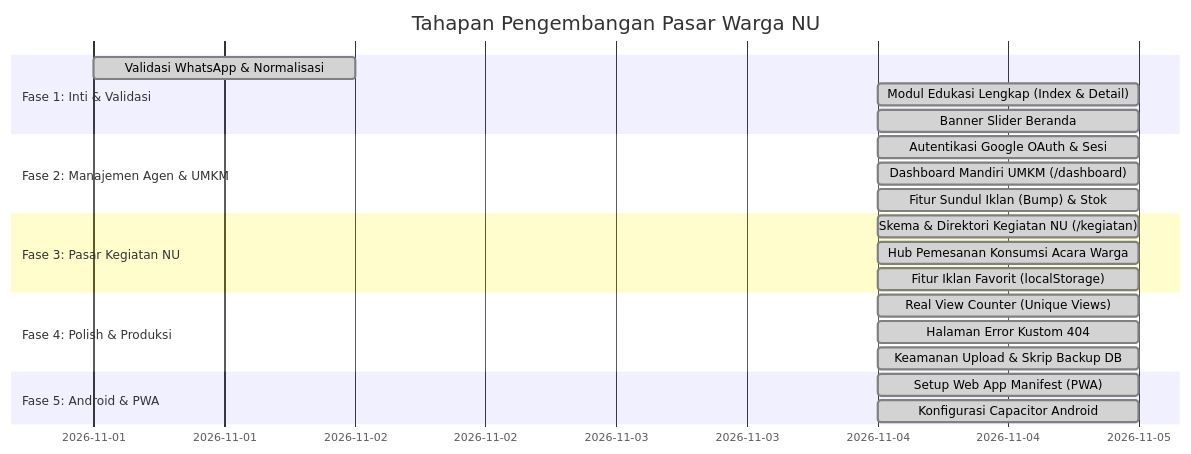
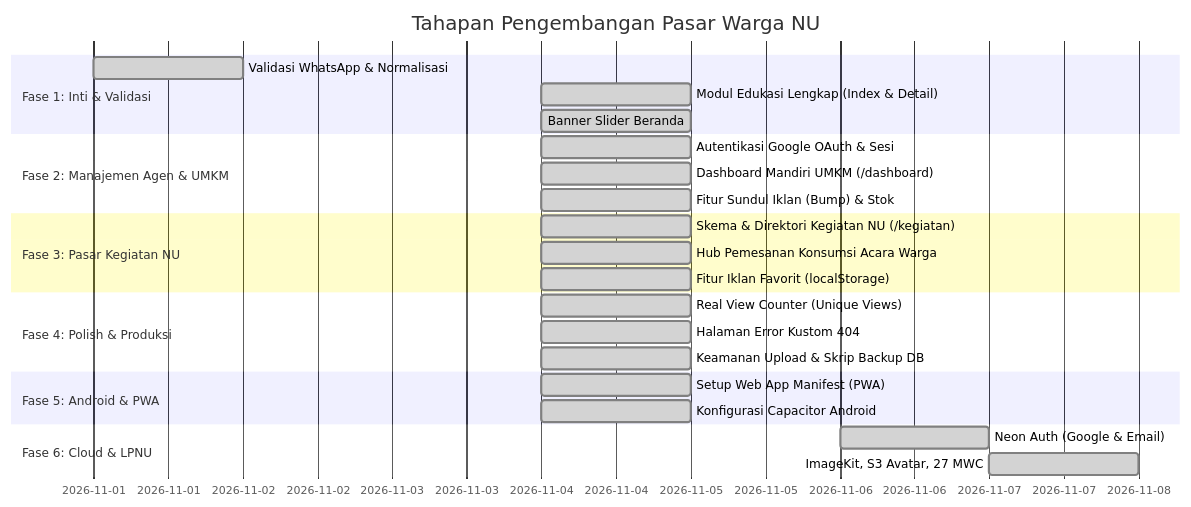
Before and after one commit to rasyiqi-code/mamasar: the diagram in ROADMAP.md, drawn with Mermaid. The commit also changed other lines of this file and 47 other files, not shown here.

````diff
--- a/ROADMAP.md
+++ b/ROADMAP.md
@@ -18,24 +18,27 @@
 ```mermaid
 gantt
     title Tahapan Pengembangan Pasar Warga NU
     dateFormat  YYYY-MM-DD
     section Fase 1: Inti & Validasi
     Validasi WhatsApp & Normalisasi :done, f1_1, 2026-11-01, 1d
     Modul Edukasi Lengkap (Index & Detail) :done, f1_2, 2026-11-04, 1d
     Banner Slider Beranda :done, f1_3, 2026-11-04, 1d
     section Fase 2: Manajemen Agen & UMKM
     Autentikasi Google OAuth & Sesi :done, f2_1, 2026-11-04, 1d
     Dashboard Mandiri UMKM (/dashboard) :done, f2_2, 2026-11-04, 1d
     Fitur Sundul Iklan (Bump) & Stok :done, f2_3, 2026-11-04, 1d
     section Fase 3: Pasar Kegiatan NU
     Skema & Direktori Kegiatan NU (/kegiatan) :done, f3_1, 2026-11-04, 1d
     Hub Pemesanan Konsumsi Acara Warga :done, f3_2, 2026-11-04, 1d
     Fitur Iklan Favorit (localStorage) :done, f3_3, 2026-11-04, 1d
     section Fase 4: Polish & Produksi
     Real View Counter (Unique Views) :done, f4_1, 2026-11-04, 1d
     Halaman Error Kustom 404 :done, f4_2, 2026-11-04, 1d
     Keamanan Upload & Skrip Backup DB :done, f4_3, 2026-11-04, 1d
     section Fase 5: Android & PWA
     Setup Web App Manifest (PWA) :done, f5_1, 2026-11-04, 1d
     Konfigurasi Capacitor Android :done, f5_2, 2026-11-04, 1d
+    section Fase 6: Cloud & LPNU
+    Neon Auth (Google & Email) :done, f6_1, 2026-11-06, 1d
+    ImageKit, S3 Avatar, 27 MWC :done, f6_2, 2026-11-07, 1d
 ```
````
